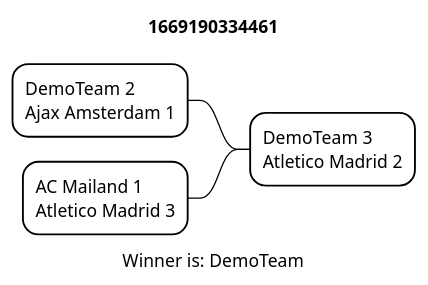
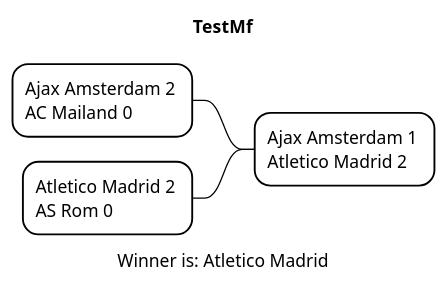
Before and after one commit to htl-leonding-project/2022-4ahif-autohaus: the diagram in asciidocs/plantuml/Result.puml, drawn with PlantUML. The commit also changed 1 other file, not shown here.

Commit message:
pelzeder-result-png-will-no-longer-be-saved-twice

```diff
--- a/asciidocs/plantuml/Result.puml
+++ b/asciidocs/plantuml/Result.puml
@@ -1,19 +1,19 @@
-@startmindmap 1669190334461.png
+@startmindmap TestMf.png
     <style>
     mindmapDiagram{
         node{
             BackgroundColor White
 
         }
         LineColor Black
     }
     </style>
-title 1669190334461
+title TestMf
 
-- DemoTeam 3 \nAtletico Madrid 2
+- Ajax Amsterdam 1 \nAtletico Madrid 2
 
--- DemoTeam 2 \nAjax Amsterdam 1
+-- Ajax Amsterdam 2 \nAC Mailand 0
 
--- AC Mailand 1 \nAtletico Madrid 3
-caption Winner is: DemoTeam
+-- Atletico Madrid 2 \nAS Rom 0
+caption Winner is: Atletico Madrid
 @endmindmap
```
